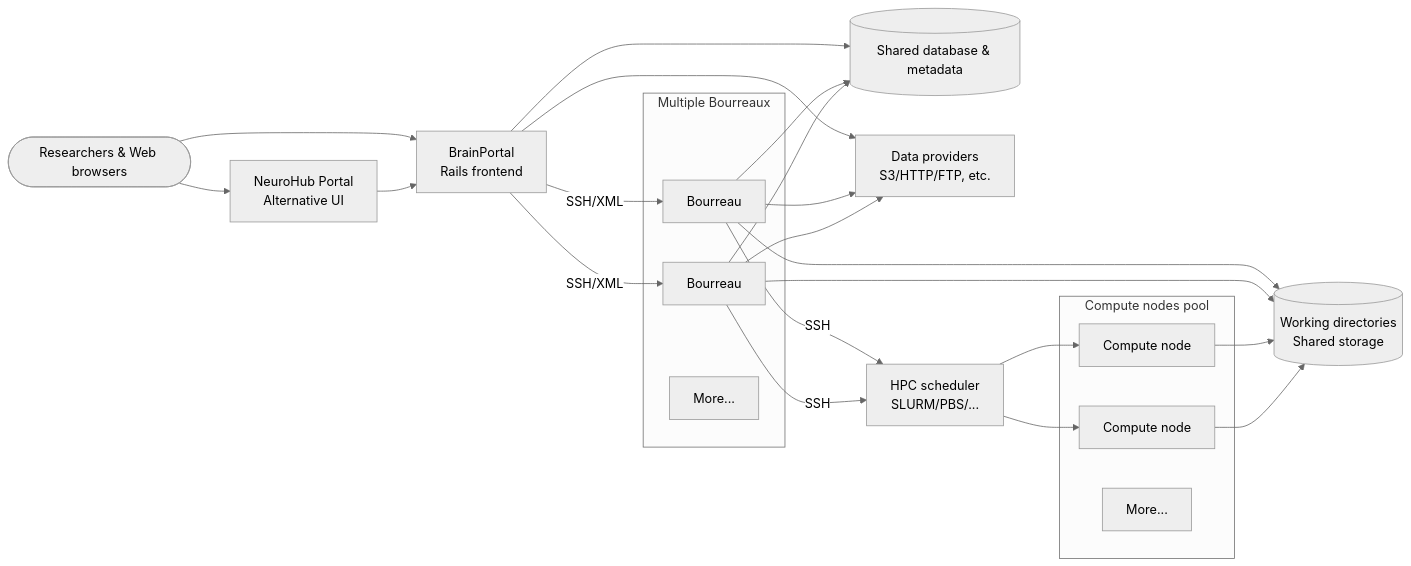
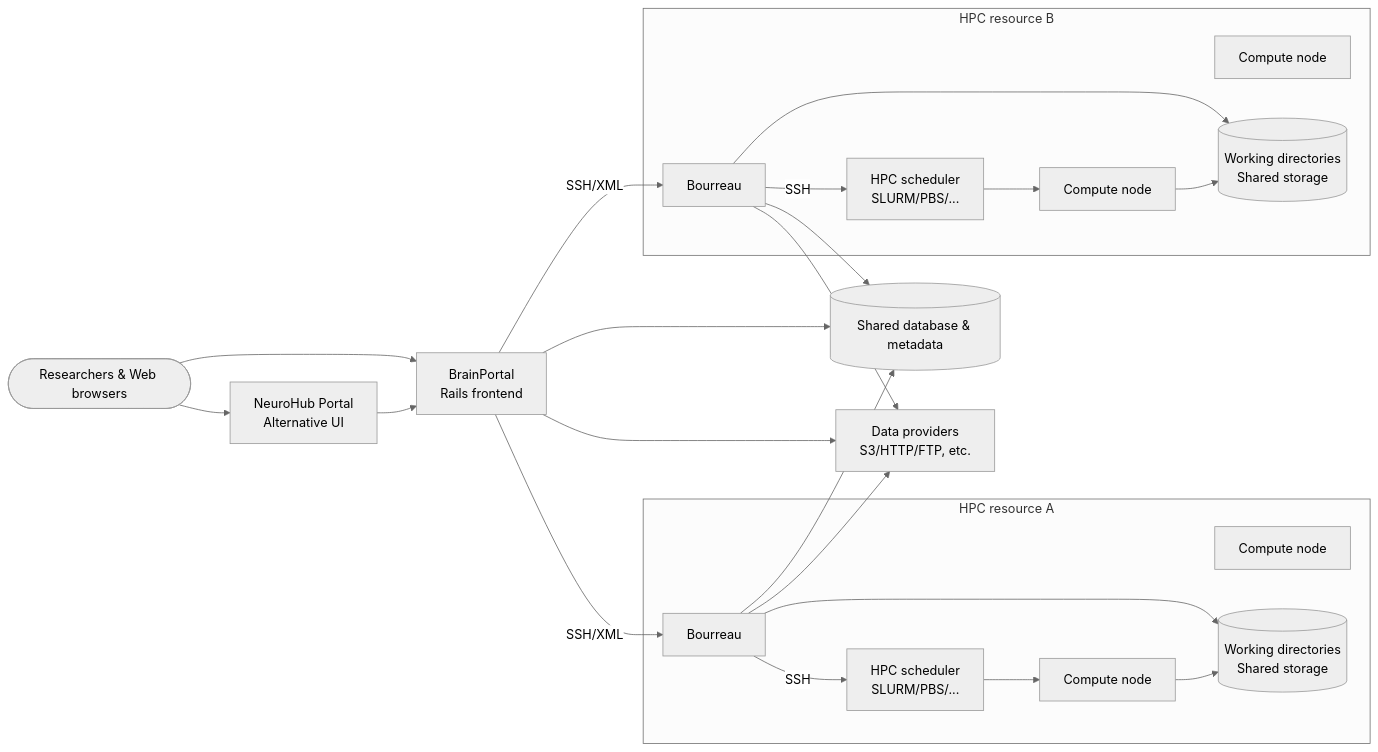
One commit to aces/cbrain changed the diagram in README.md. Above: the diagram before and after it, drawn with Mermaid (neutral theme). The commit also changed other lines of this file, not shown here.

Commit message:
Show Bourreaux per HPC resource

````diff
--- a/README.md
+++ b/README.md
@@ -25,38 +25,40 @@
 ```mermaid
 flowchart LR
   Users([Researchers & Web browsers])
   NH[NeuroHub Portal<br/>Alternative UI]
   BP[BrainPortal<br/>Rails frontend]
   DB[(Shared database & metadata)]
   DP[Data providers<br/>S3/HTTP/FTP, etc.]
-  subgraph Bourreaux[Multiple Bourreaux]
+  subgraph ResourceA[HPC resource A]
     BO1[Bourreau]
-    BO2[Bourreau]
-    BO3[More...]
-  end
-  Sched[HPC scheduler<br/>SLURM/PBS/...]
-  subgraph ComputePool[Compute nodes pool]
+    Sched1[HPC scheduler<br/>SLURM/PBS/...]
     Compute1[Compute node]
     Compute2[Compute node]
-    Compute3[More...]
+    Scratch1[(Working directories<br/>Shared storage)]
   end
-  Scratch[(Working directories<br/>Shared storage)]
+  subgraph ResourceB[HPC resource B]
+    BO2[Bourreau]
+    Sched2[HPC scheduler<br/>SLURM/PBS/...]
+    Compute3[Compute node]
+    Compute4[Compute node]
+    Scratch2[(Working directories<br/>Shared storage)]
+  end
 
   Users --> BP
   Users --> NH
   NH --> BP
   BP --> DB
   BP --> DP
   BP -->|SSH/XML| BO1
   BP -->|SSH/XML| BO2
   BO1 --> DP
   BO2 --> DP
   BO1 --> DB
   BO2 --> DB
-  BO1 -->|SSH| Sched --> Compute1
-  BO2 -->|SSH| Sched --> Compute2
-  BO1 --> Scratch
-  BO2 --> Scratch
-  Compute1 --> Scratch
-  Compute2 --> Scratch
+  BO1 -->|SSH| Sched1 --> Compute1
+  BO2 -->|SSH| Sched2 --> Compute3
+  BO1 --> Scratch1
+  BO2 --> Scratch2
+  Compute1 --> Scratch1
+  Compute3 --> Scratch2
 ```
````
